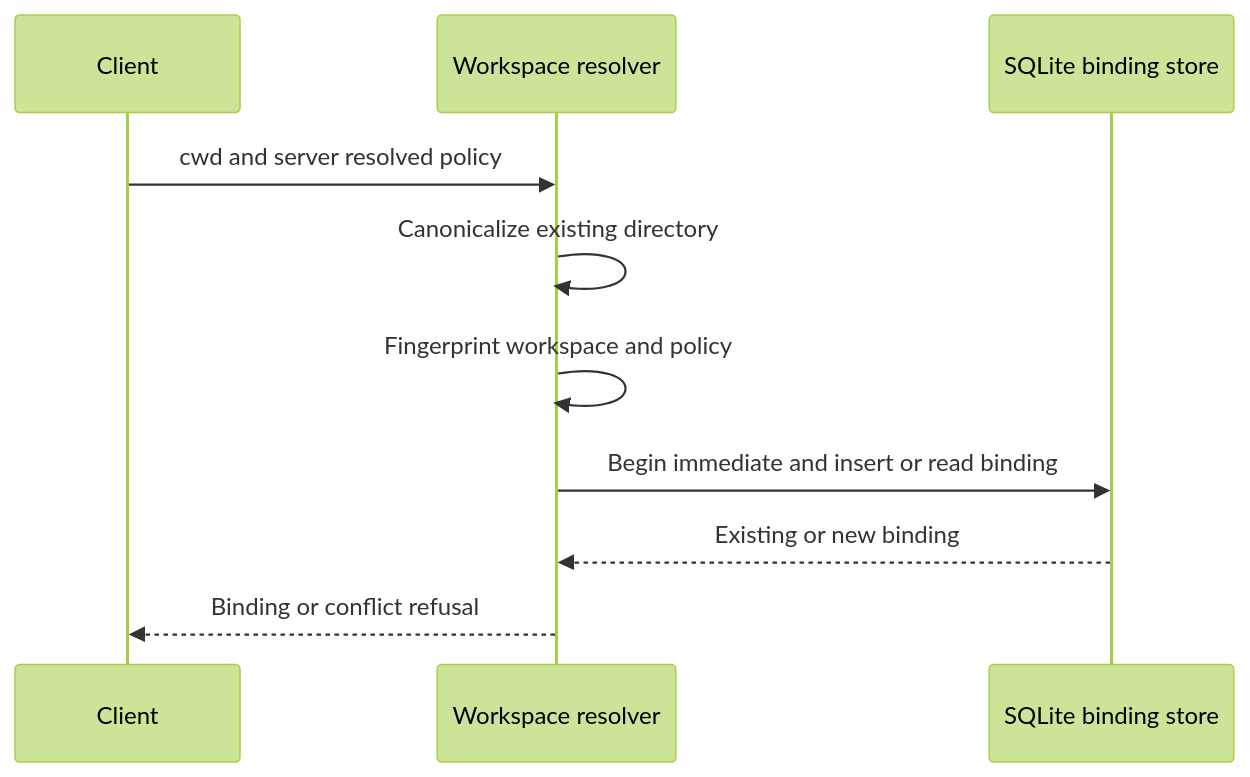
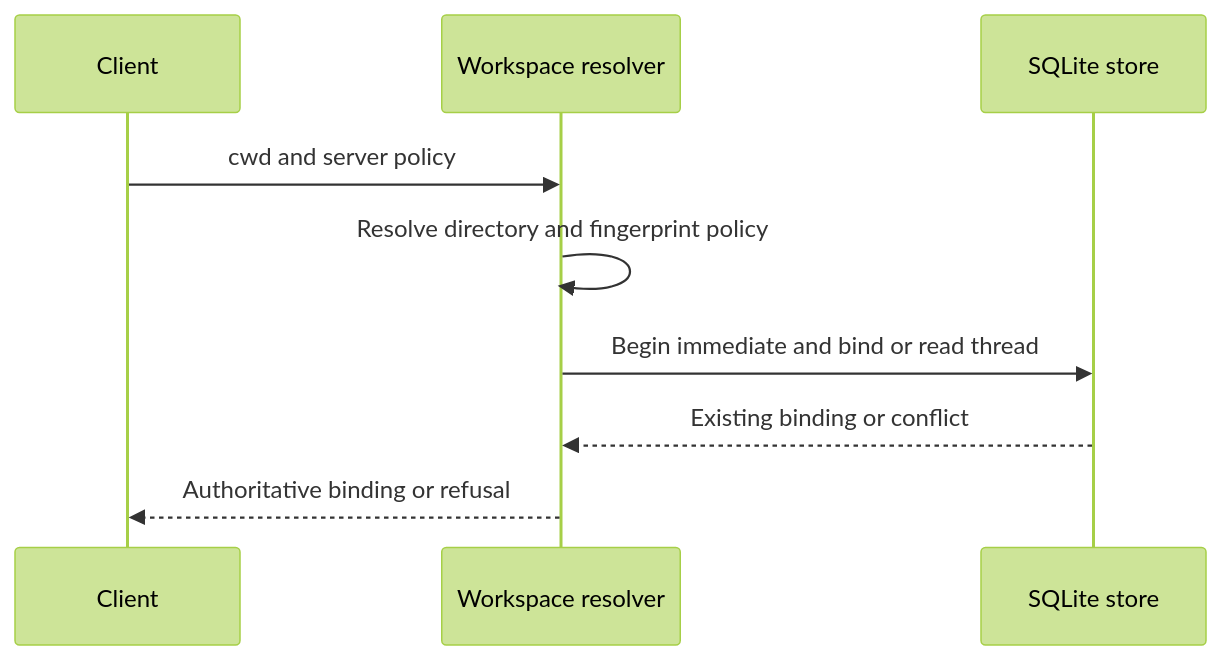
One commit to langchain-ai/deepagents changed the second of 2 diagrams in openwiki/operations/security.md. Above: the diagram before and after it, drawn with Mermaid (forest theme). The commit also changed other lines of this file and 63 other files, not shown here.

````diff
--- a/openwiki/operations/security.md
+++ b/openwiki/operations/security.md
@@ -90,12 +67,11 @@
 ```mermaid
 sequenceDiagram
     participant Client
     participant Resolver as Workspace resolver
-    participant Store as SQLite binding store
-    Client->>Resolver: cwd and server resolved policy
-    Resolver->>Resolver: Canonicalize existing directory
-    Resolver->>Resolver: Fingerprint workspace and policy
-    Resolver->>Store: Begin immediate and insert or read binding
-    Store-->>Resolver: Existing or new binding
-    Resolver-->>Client: Binding or conflict refusal
+    participant Store as SQLite store
+    Client->>Resolver: cwd and server policy
+    Resolver->>Resolver: Resolve directory and fingerprint policy
+    Resolver->>Store: Begin immediate and bind or read thread
+    Store-->>Resolver: Existing binding or conflict
+    Resolver-->>Client: Authoritative binding or refusal
 ```
````
